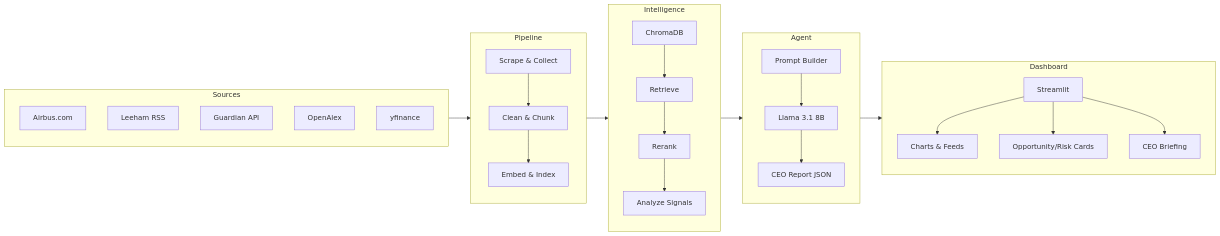
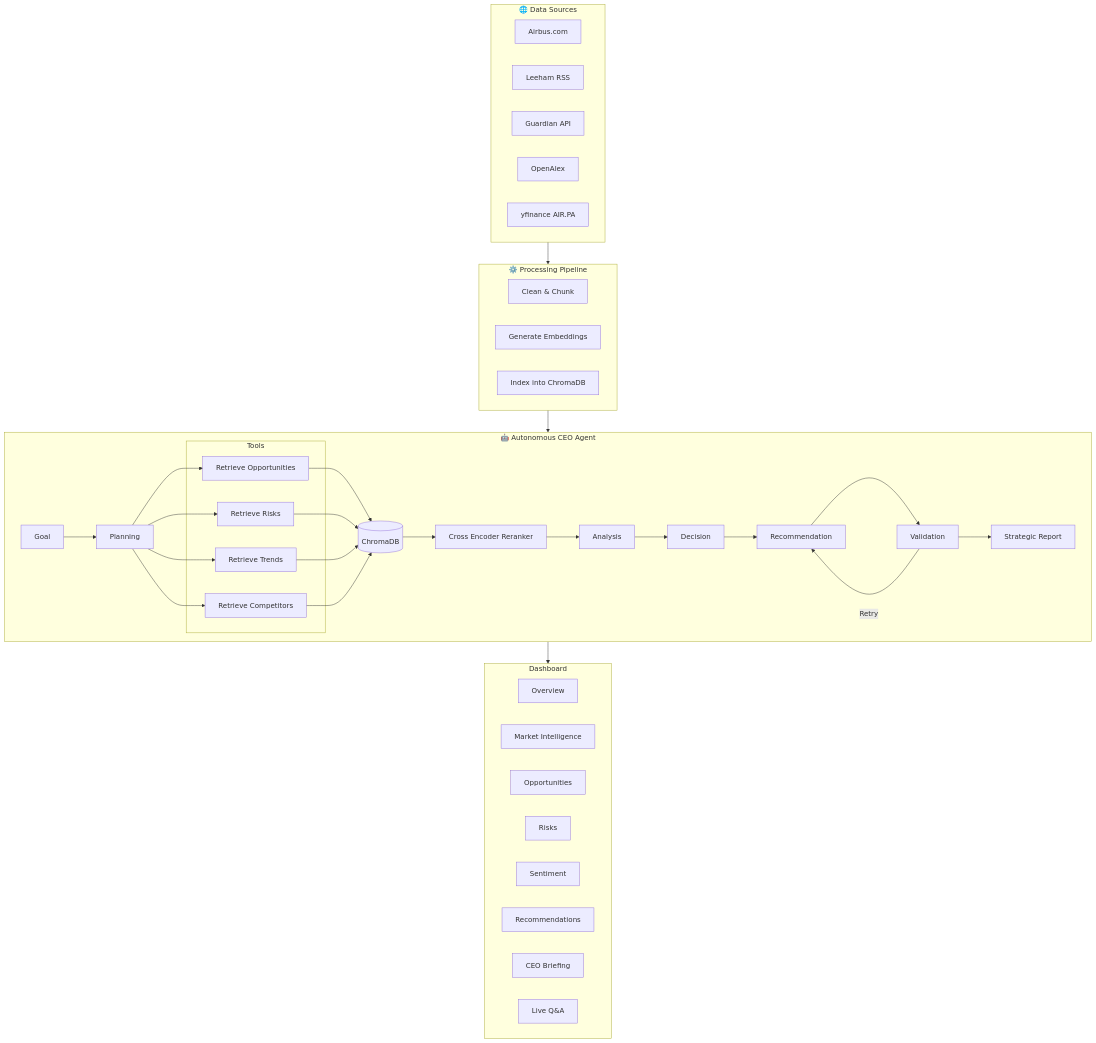
The diagram in README.md (sharvariiss/NLP_CEOAgent), drawn with Mermaid before and after one commit. The commit also changed other lines of this file, not shown here.

````diff
--- a/README.md
+++ b/README.md
@@ -11,24 +44,65 @@
 ```mermaid
-flowchart LR
-    subgraph Sources
-        A1[Airbus.com] & A2[Leeham RSS] & A3[Guardian API] & A4[OpenAlex] & A5[yfinance]
+flowchart TD
+    subgraph Sources["🌐 Data Sources"]
+        S1[Airbus.com] & S2[Leeham RSS] & S3[Guardian API] & S4[OpenAlex] & S5[yfinance AIR.PA]
     end
 
-    subgraph Pipeline
-        B1[Scrape & Collect] --> B2[Clean & Chunk] --> B3[Embed & Index]
+    subgraph Processing["⚙️ Processing Pipeline"]
+        P1[Clean & Chunk]
+        P2[Generate Embeddings]
+        P3[Index into ChromaDB]
     end
 
-    subgraph Intelligence
-        C1[ChromaDB] --> C2[Retrieve] --> C3[Rerank] --> C4[Analyze Signals]
-    end
+    subgraph Agent["🤖 Autonomous CEO Agent"]
 
-    subgraph Agent
-        D1[Prompt Builder] --> D2[Llama 3.1 8B] --> D3[CEO Report JSON]
+        A1[Goal]
+        A2[Planning]
+
+        A1 --> A2
+
+        A2 --> T1
+        A2 --> T2
+        A2 --> T3
+        A2 --> T4
+
+        subgraph Tools
+            T1[Retrieve Opportunities]
+            T2[Retrieve Risks]
+            T3[Retrieve Trends]
+            T4[Retrieve Competitors]
+        end
+
+        T1 --> DB[(ChromaDB)]
+        T2 --> DB
+        T3 --> DB
+        T4 --> DB
+
+        DB --> RR[Cross Encoder Reranker]
+
+        RR --> A3[Analysis]
+
+        A3 --> A4[Decision]
+
+        A4 --> A5[Recommendation]
+
+        A5 --> A6[Validation]
+
+        A6 -->|Retry| A5
+        A6 --> Report[Strategic Report]
     end
 
     subgraph Dashboard
-        E1[Streamlit] --> E2[Charts & Feeds] & E3[Opportunity/Risk Cards] & E4[CEO Briefing]
+        D1[Overview]
+        D2[Market Intelligence]
+        D3[Opportunities]
+        D4[Risks]
+        D5[Sentiment]
+        D6[Recommendations]
+        D7[CEO Briefing]
+        D8[Live Q&A]
     end
 
-    Sources --> Pipeline --> Intelligence --> Agent --> Dashboard
+    Sources --> Processing
+    Processing --> Agent
+    Agent --> Dashboard
 ```
````
